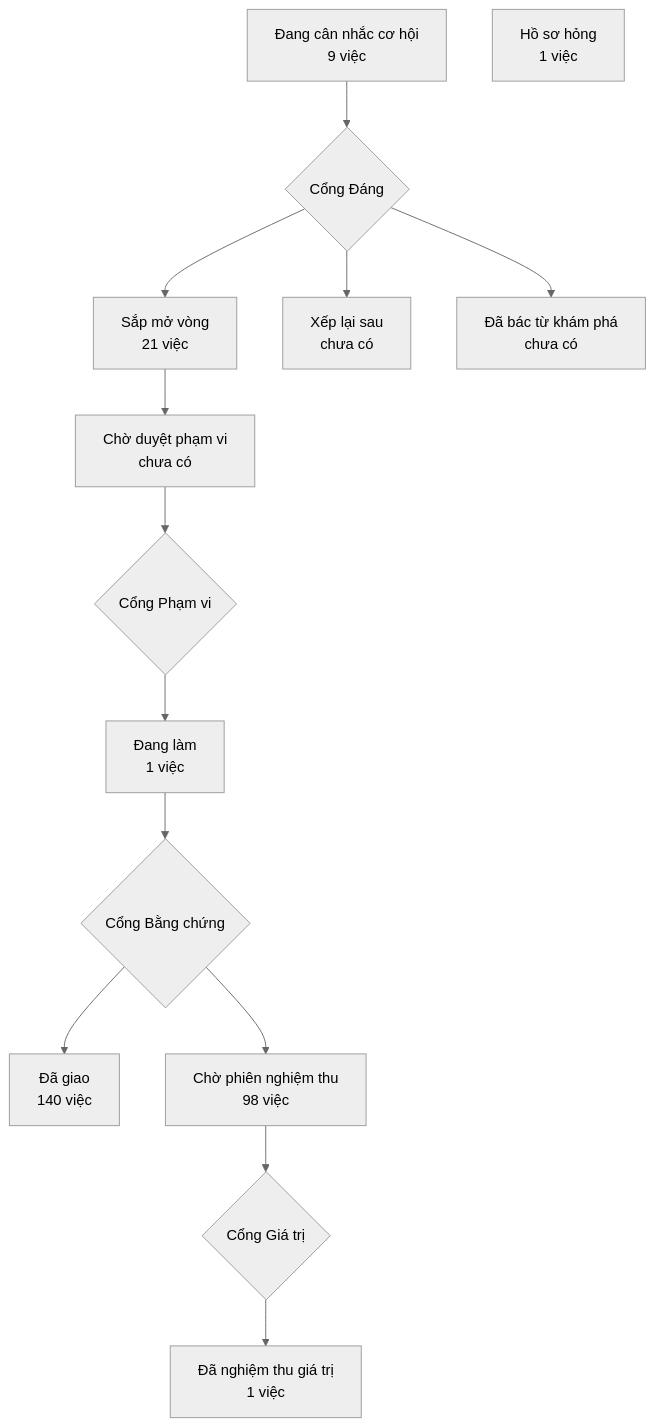
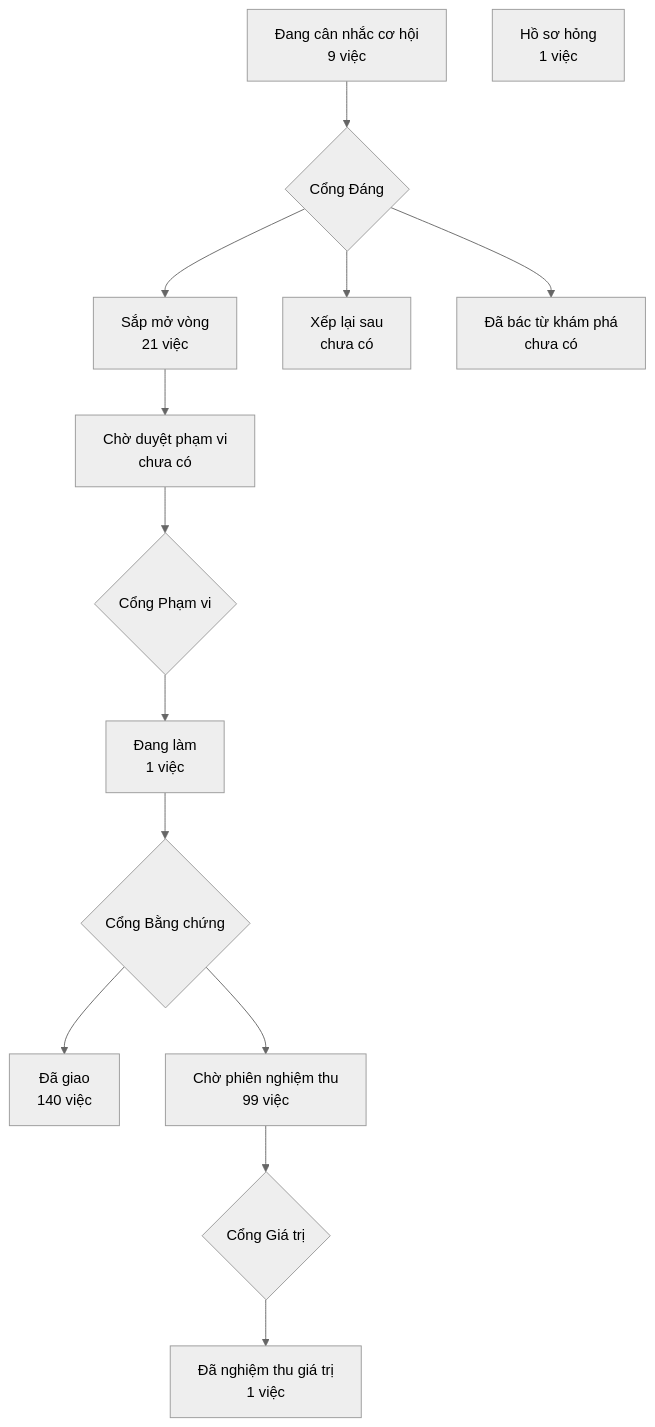
The diagram in PRODUCT-MAP.md (phanlemanh/crm-onehub), drawn with Mermaid (neutral theme) before and after one commit. The commit also changed other lines of this file and 1 other file, not shown here.

Commit message:
chore: vẽ lại bản đồ sản phẩm và trang lộ trình từ bản sạch sau gộp onehub 0d22687b8

````diff
--- a/PRODUCT-MAP.md
+++ b/PRODUCT-MAP.md
@@ -7,13 +7,13 @@
 ```mermaid
 flowchart TD
   A["Đang cân nhắc cơ hội<br/>9 việc"] --> GD{"Cổng Đáng"}
   GD --> B["Sắp mở vòng<br/>21 việc"]
   GD --> XL["Xếp lại sau<br/>chưa có"]
   GD --> DB["Đã bác từ khám phá<br/>chưa có"]
   B --> CD["Chờ duyệt phạm vi<br/>chưa có"] --> GP{"Cổng Phạm vi"}
   GP --> DL["Đang làm<br/>1 việc"] --> GB{"Cổng Bằng chứng"}
   GB --> DG["Đã giao<br/>140 việc"]
-  GB --> CN["Chờ phiên nghiệm thu<br/>98 việc"] --> GG{"Cổng Giá trị"}
+  GB --> CN["Chờ phiên nghiệm thu<br/>99 việc"] --> GG{"Cổng Giá trị"}
   GG --> NT["Đã nghiệm thu giá trị<br/>1 việc"]
   HS["Hồ sơ hỏng<br/>1 việc"]
 ```
````
